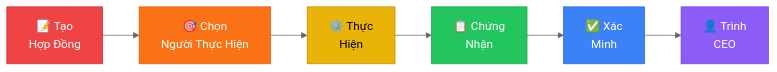
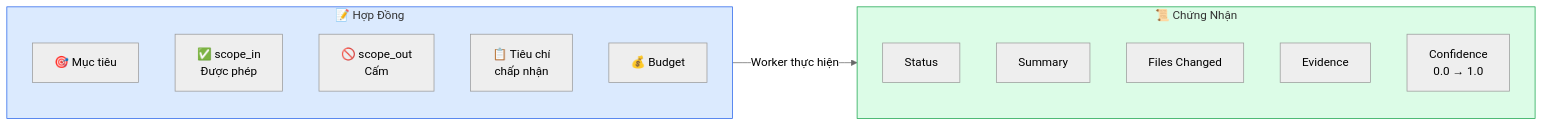
One commit to xaotiensinh-abm/abm-workforce changed the third of 6 diagrams in README.md. Above: the diagram before and after it, drawn with Mermaid (neutral theme). The commit also changed other lines of this file and 555 other files, not shown here.

````diff
--- a/README.md
+++ b/README.md
@@ -151,15 +241,22 @@
 ```mermaid
-flowchart LR
-    A["📝 Tạo<br/>Hợp Đồng"] --> B["🎯 Chọn<br/>Người Thực Hiện"]
-    B --> C["⚙️ Thực<br/>Hiện"]
-    C --> D["📋 Chứng<br/>Nhận"]
-    D --> E["✅ Xác<br/>Minh"]
-    E --> F["👤 Trình<br/>CEO"]
+graph LR
+    subgraph Contract["📝 Hợp Đồng"]
+        O["🎯 Mục tiêu"]
+        SI["✅ scope_in<br/>Được phép"]
+        SO["🚫 scope_out<br/>Cấm"]
+        AC["📋 Tiêu chí<br/>chấp nhận"]
+        BG["💰 Budget"]
+    end
+    subgraph Attestation["📜 Chứng Nhận"]
+        ST["Status"]
+        SM["Summary"]
+        FC["Files Changed"]
+        EV["Evidence"]
+        CF["Confidence<br/>0.0 → 1.0"]
+    end
 
-    style A fill:#ef4444,stroke:#dc2626,color:#fff
-    style B fill:#f97316,stroke:#ea580c,color:#fff
-    style C fill:#eab308,stroke:#ca8a04,color:#000
-    style D fill:#22c55e,stroke:#16a34a,color:#fff
-    style E fill:#3b82f6,stroke:#2563eb,color:#fff
-    style F fill:#8b5cf6,stroke:#7c3aed,color:#fff
+    Contract -->|"Worker thực hiện"| Attestation
+
+    style Contract fill:#dbeafe,stroke:#2563eb
+    style Attestation fill:#dcfce7,stroke:#16a34a
 ```
````
